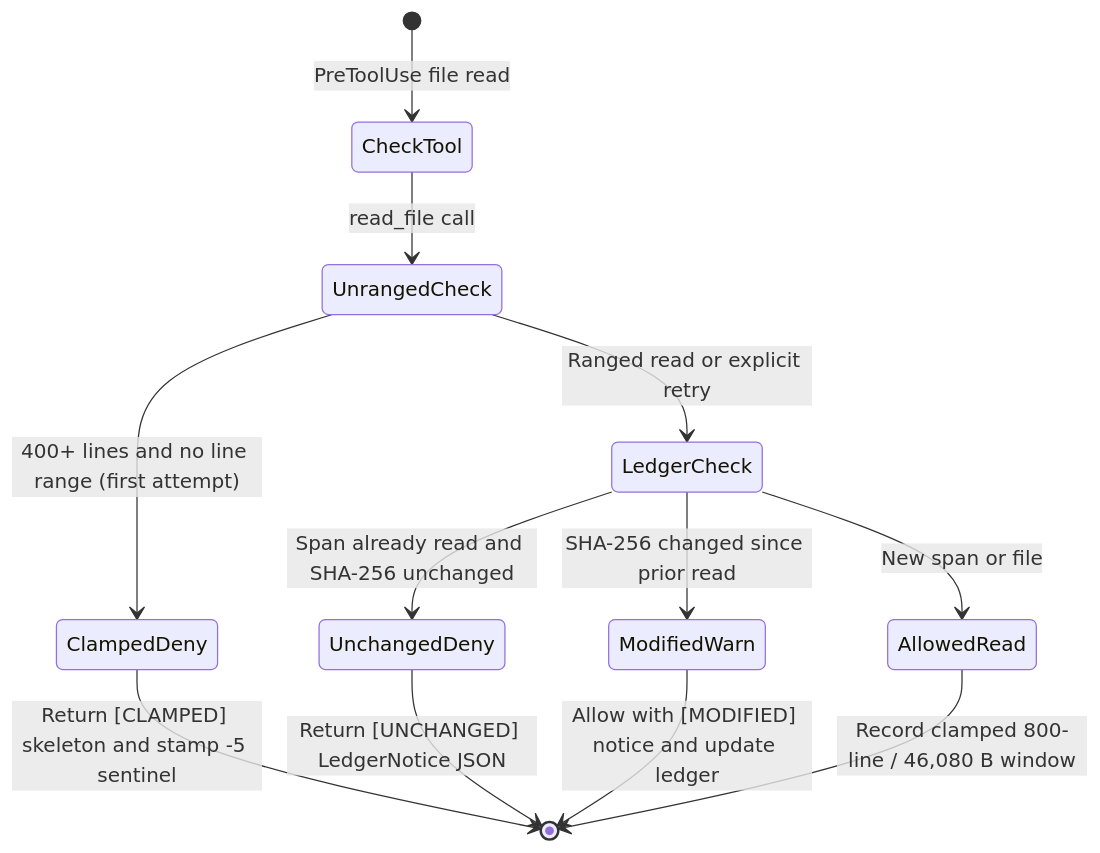
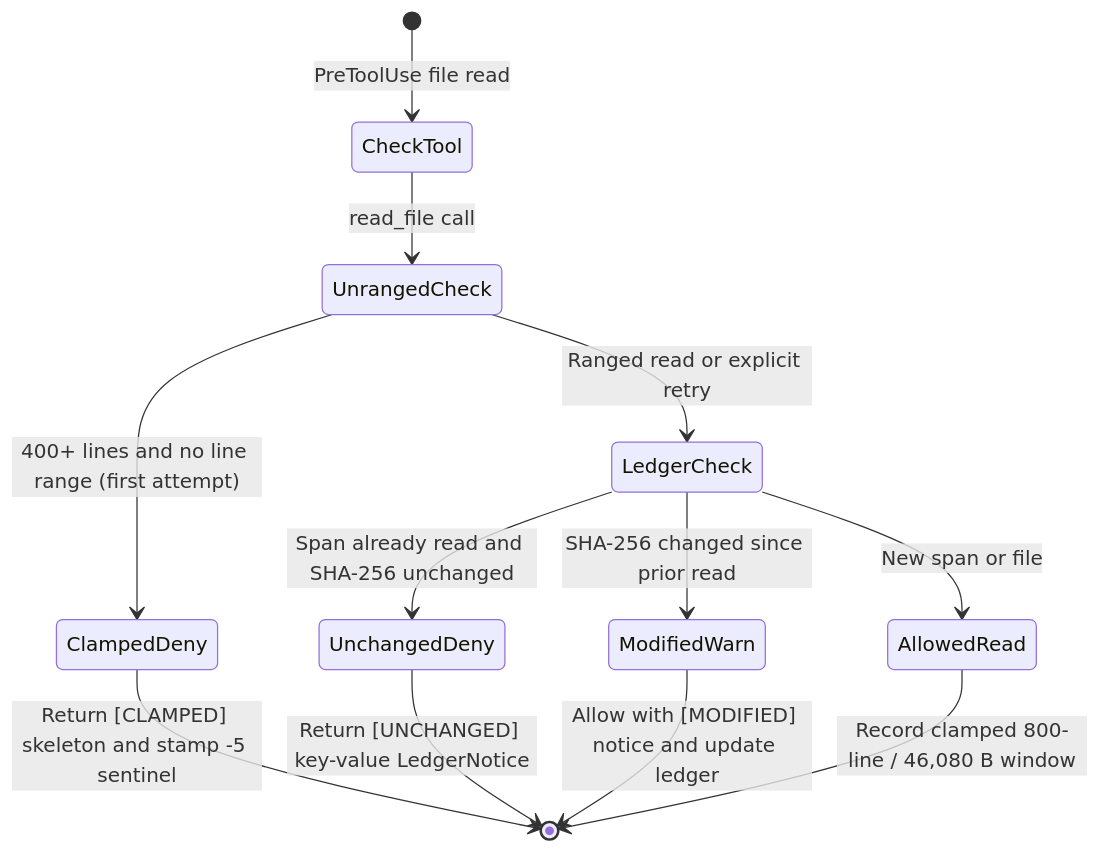
One commit to kesokaj/fyr changed the fourth of 7 diagrams in features/hooks-and-ast-graph.md. Above: the diagram before and after it, drawn with Mermaid. The commit also changed other lines of this file and 29 other files, not shown here.

````diff
--- a/features/hooks-and-ast-graph.md
+++ b/features/hooks-and-ast-graph.md
@@ -131,14 +116,14 @@
 ```mermaid
 stateDiagram-v2
     [*] --> CheckTool: PreToolUse file read
     CheckTool --> UnrangedCheck: read_file call
     UnrangedCheck --> ClampedDeny: 400+ lines and no line range (first attempt)
     ClampedDeny --> [*]: Return [CLAMPED] skeleton and stamp -5 sentinel
     UnrangedCheck --> LedgerCheck: Ranged read or explicit retry
     LedgerCheck --> UnchangedDeny: Span already read and SHA-256 unchanged
-    UnchangedDeny --> [*]: Return [UNCHANGED] LedgerNotice JSON
+    UnchangedDeny --> [*]: Return [UNCHANGED] key-value LedgerNotice
     LedgerCheck --> ModifiedWarn: SHA-256 changed since prior read
     ModifiedWarn --> [*]: Allow with [MODIFIED] notice and update ledger
     LedgerCheck --> AllowedRead: New span or file
     AllowedRead --> [*]: Record clamped 800-line / 46,080 B window
 ```
````
